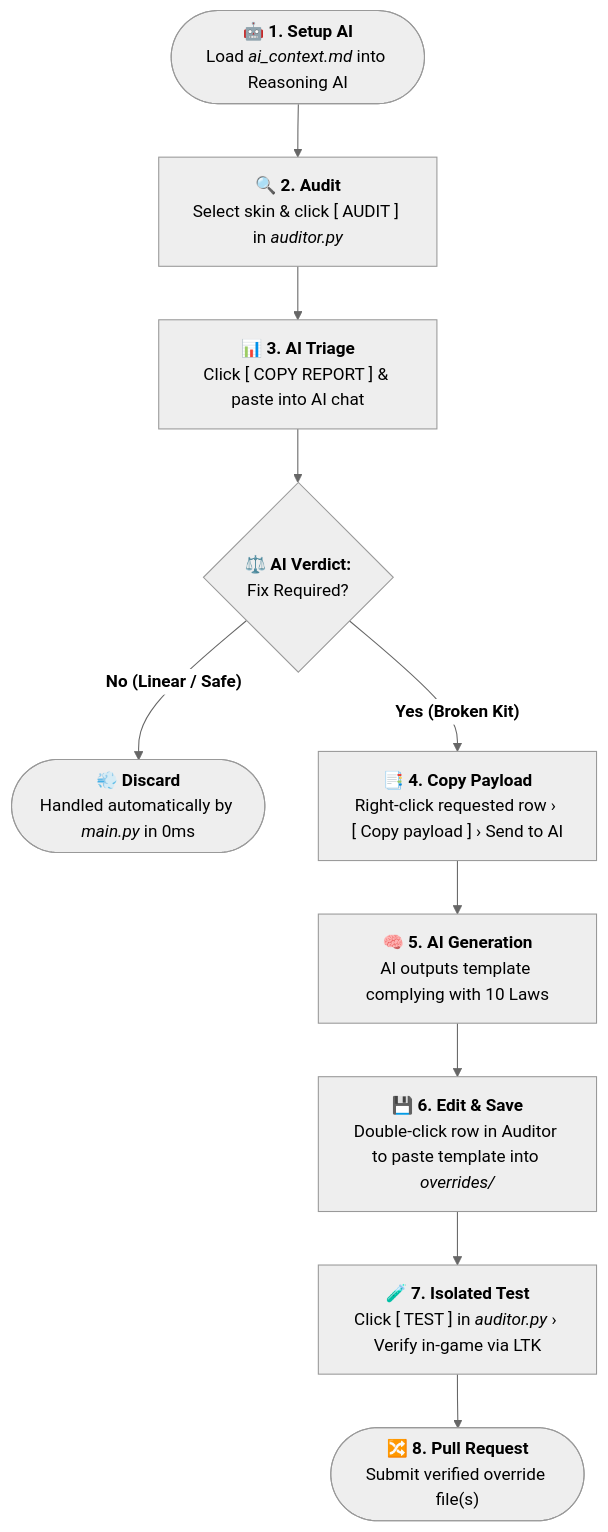
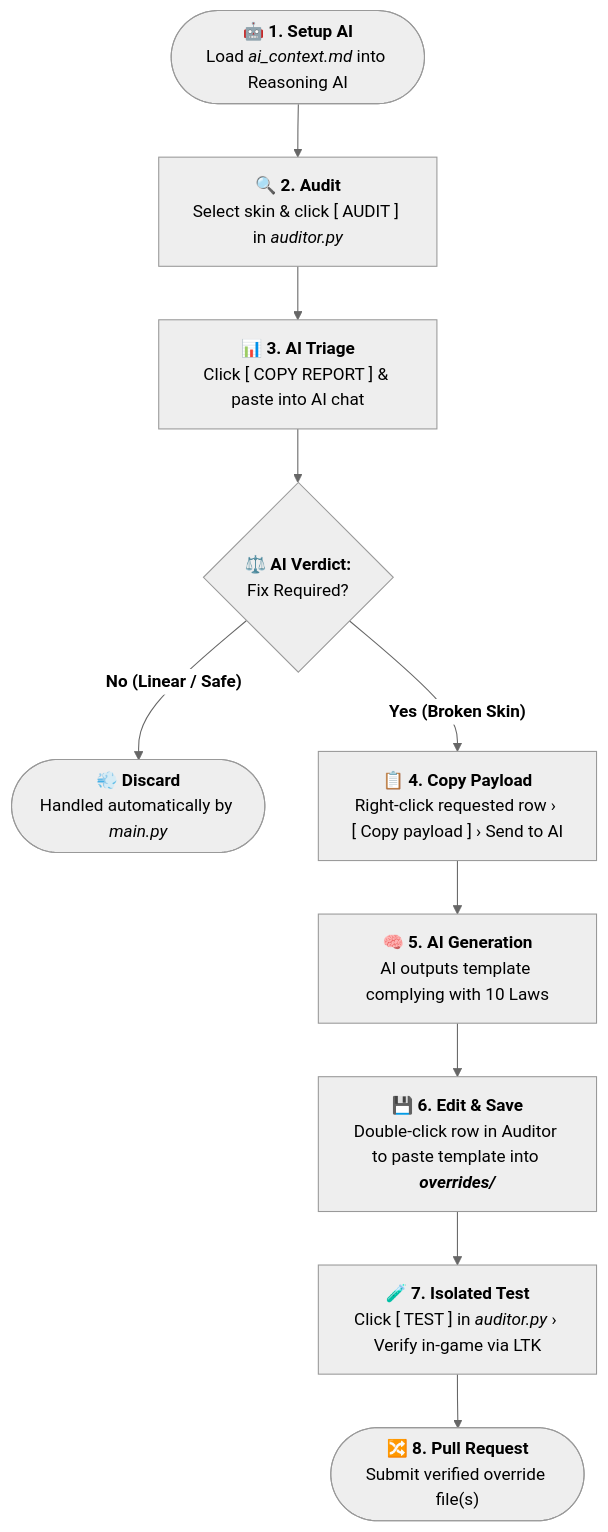
One commit to gsmeven/vanilla-true-builder changed the diagram in CONTRIBUTING.md. Above: the diagram before and after it, drawn with Mermaid (neutral theme).

Commit message:
release: v1.8.3

````diff
--- a/CONTRIBUTING.md
+++ b/CONTRIBUTING.md
@@ -23,12 +23,12 @@
 ```mermaid
 flowchart TD
     A(["<b>🤖 1. Setup AI</b>\nLoad <i>ai_context.md</i> into Reasoning AI"]) --> B["<b>🔍 2. Audit</b>\nSelect skin & click [ AUDIT ] in <i>auditor.py</i>"]
     B --> C["<b>📊 3. AI Triage</b>\nClick [ COPY REPORT ] & paste into AI chat"]
     C --> D{"<b>⚖️ AI Verdict:</b>\nFix Required?"}
-    D -- "<b>No (Linear / Safe)</b>" --> E(["<b>💨 Discard</b>\nHandled automatically by <i>main.py</i> in 0ms"])
-    D -- "<b>Yes (Broken Kit)</b>" --> F["<b>📑 4. Copy Payload</b>\nRight-click requested row › [ Copy payload ] › Send to AI"]
+    D -- "<b>No (Linear / Safe)</b>" --> E(["<b>💨 Discard</b>\nHandled automatically by <i>main.py</i>"])
+    D -- "<b>Yes (Broken Skin)</b>" --> F["<b>📋 4. Copy Payload</b>\nRight-click requested row › [ Copy payload ] › Send to AI"]
     F --> G["<b>🧠 5. AI Generation</b>\nAI outputs template complying with 10 Laws"]
-    G --> H["<b>💾 6. Edit & Save</b>\nDouble-click row in Auditor to paste template into <i>overrides/</i>"]
+    G --> H["<b>💾 6. Edit & Save</b>\nDouble-click row in Auditor to paste template into <i><b>overrides/</b></i>"]
     H --> I["<b>🧪 7. Isolated Test</b>\nClick [ TEST ] in <i>auditor.py</i> › Verify in-game via LTK"]
     I --> J(["<b>🔀 8. Pull Request</b>\nSubmit verified override file(s)"])
 ```
````
